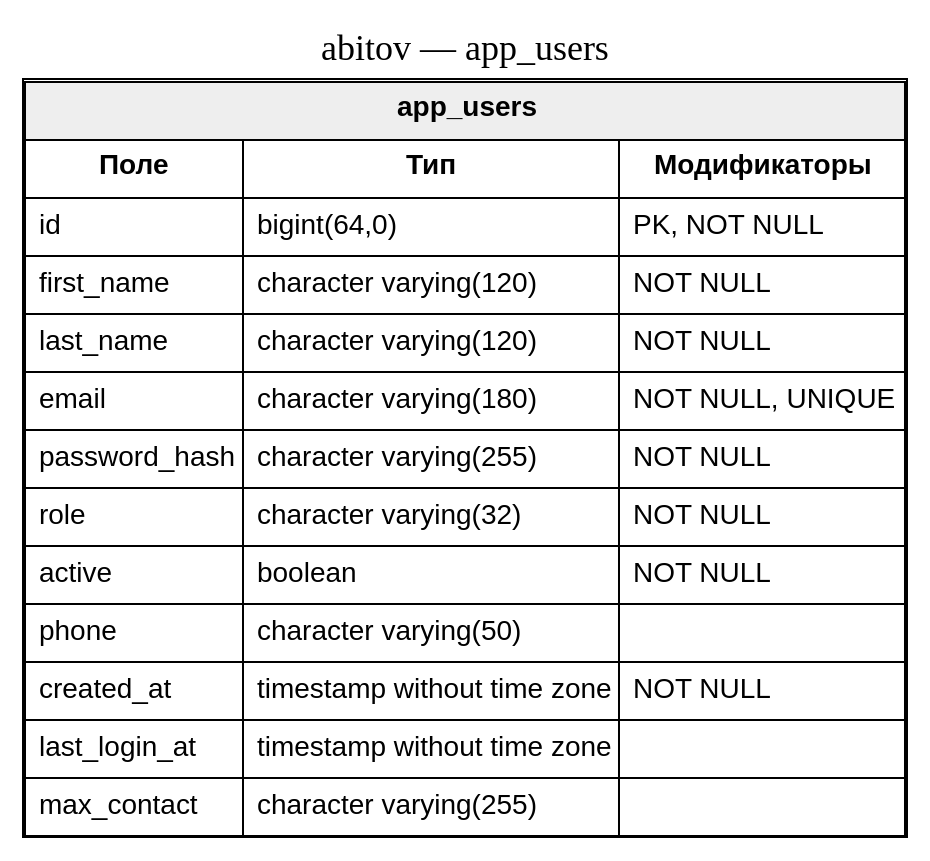
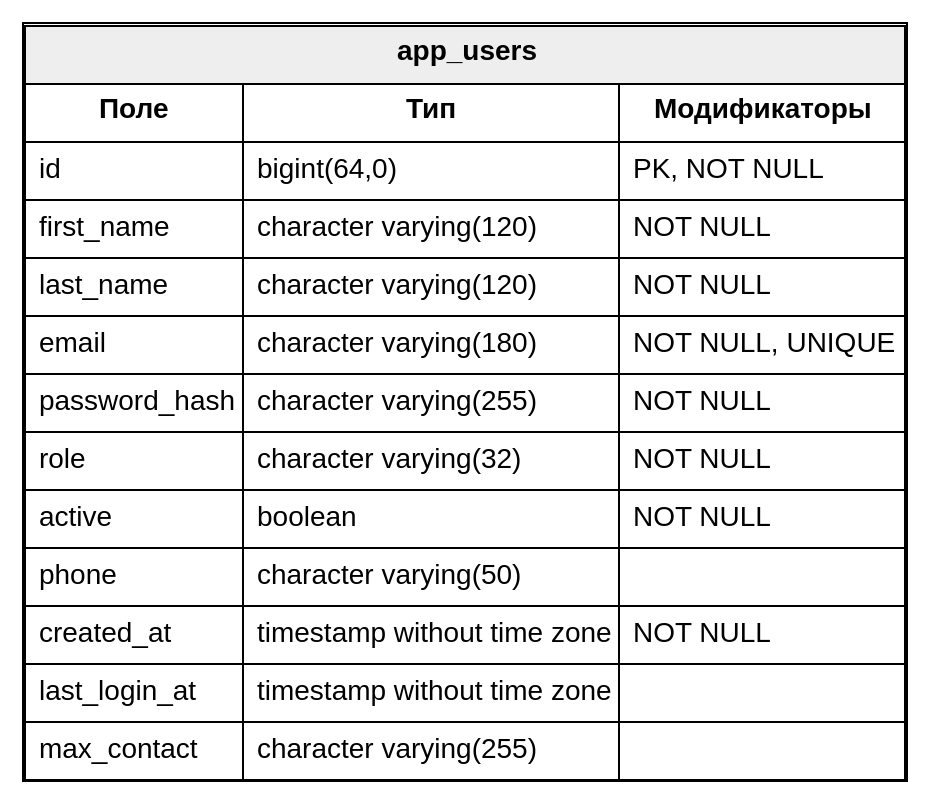
One commit to diplomas-2026/abitov changed the diagram in database-screenshots/dot/tables/app_users.dot. Above: the diagram before and after it, drawn with Graphviz. The commit also changed 23 other files, not shown here.

Commit message:
Add database schema screenshots

```diff
--- a/database-screenshots/dot/tables/app_users.dot
+++ b/database-screenshots/dot/tables/app_users.dot
@@ -1,7 +1,5 @@
 digraph single_table {
   graph [rankdir=TB, fontsize=18];
   node [shape=plain, fontname="Arial"];
-  label="abitov — app_users";
-  labelloc=t;
   "app_users" [label=<<TABLE BORDER="1" CELLBORDER="1" CELLSPACING="0" CELLPADDING="6"><TR><TD BGCOLOR="#eeeeee" COLSPAN="3"><B>app_users</B></TD></TR><TR><TD><B>Поле</B></TD><TD><B>Тип</B></TD><TD><B>Модификаторы</B></TD></TR><TR><TD ALIGN="LEFT">id</TD><TD ALIGN="LEFT">bigint(64,0)</TD><TD ALIGN="LEFT">PK, NOT NULL</TD></TR><TR><TD ALIGN="LEFT">first_name</TD><TD ALIGN="LEFT">character varying(120)</TD><TD ALIGN="LEFT">NOT NULL</TD></TR><TR><TD ALIGN="LEFT">last_name</TD><TD ALIGN="LEFT">character varying(120)</TD><TD ALIGN="LEFT">NOT NULL</TD></TR><TR><TD ALIGN="LEFT">email</TD><TD ALIGN="LEFT">character varying(180)</TD><TD ALIGN="LEFT">NOT NULL, UNIQUE</TD></TR><TR><TD ALIGN="LEFT">password_hash</TD><TD ALIGN="LEFT">character varying(255)</TD><TD ALIGN="LEFT">NOT NULL</TD></TR><TR><TD ALIGN="LEFT">role</TD><TD ALIGN="LEFT">character varying(32)</TD><TD ALIGN="LEFT">NOT NULL</TD></TR><TR><TD ALIGN="LEFT">active</TD><TD ALIGN="LEFT">boolean</TD><TD ALIGN="LEFT">NOT NULL</TD></TR><TR><TD ALIGN="LEFT">phone</TD><TD ALIGN="LEFT">character varying(50)</TD><TD ALIGN="LEFT"></TD></TR><TR><TD ALIGN="LEFT">created_at</TD><TD ALIGN="LEFT">timestamp without time zone</TD><TD ALIGN="LEFT">NOT NULL</TD></TR><TR><TD ALIGN="LEFT">last_login_at</TD><TD ALIGN="LEFT">timestamp without time zone</TD><TD ALIGN="LEFT"></TD></TR><TR><TD ALIGN="LEFT">max_contact</TD><TD ALIGN="LEFT">character varying(255)</TD><TD ALIGN="LEFT"></TD></TR></TABLE>>];
 }
```
